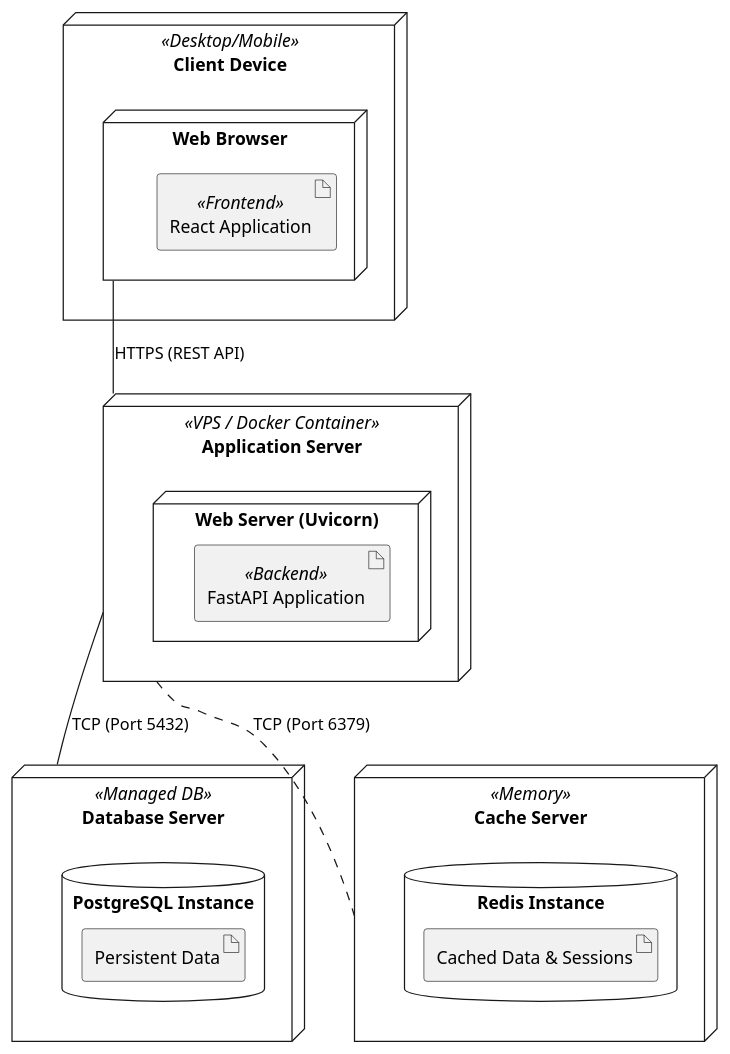
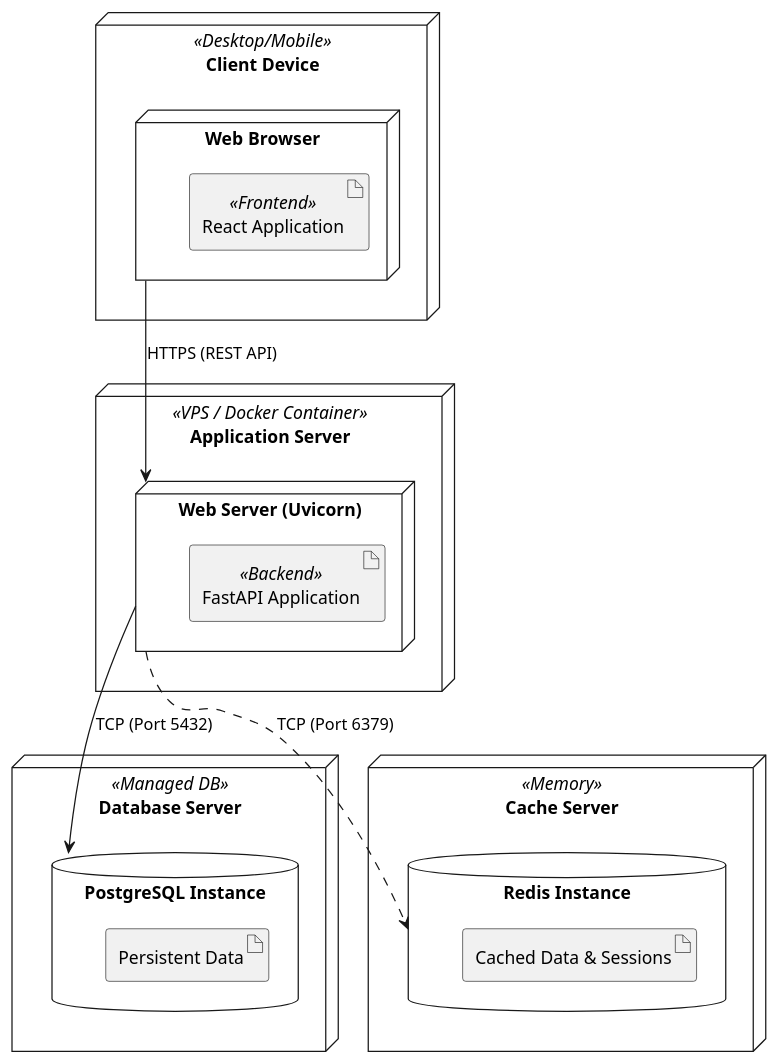
Before and after one commit to ukma-fin-ssdm-2026/ctrl-alt-defeat: the diagram in docs/architecture/uml/deployment-diagram.puml, drawn with PlantUML.

Commit message:
Update deployment diagram connections and components
Update deployment diagram connections and components

```diff
--- a/docs/architecture/uml/deployment-diagram.puml
+++ b/docs/architecture/uml/deployment-diagram.puml
@@ -1,29 +1,29 @@
 @startuml
 node "Client Device" <<Desktop/Mobile>> {
     node "Web Browser" {
         artifact "React Application" <<Frontend>>
     }
 }
 
 node "Application Server" <<VPS / Docker Container>> {
     node "Web Server (Uvicorn)" {
         artifact "FastAPI Application" <<Backend>>
     }
 }
 
 node "Database Server" <<Managed DB>> {
     database "PostgreSQL Instance" {
         artifact "Persistent Data"
     }
 }
 
 node "Cache Server" <<Memory>> {
     database "Redis Instance" {
         artifact "Cached Data & Sessions"
     }
 }
 
-"Web Browser" -- "Application Server" : HTTPS (REST API)
-"Application Server" -- "Database Server" : TCP (Port 5432)
-"Application Server" .. "Cache Server" : TCP (Port 6379)
+"Web Browser" --> "Web Server (Uvicorn)" : HTTPS (REST API)
+"Web Server (Uvicorn)" --> "PostgreSQL Instance" : TCP (Port 5432)
+"Web Server (Uvicorn)" ..> "Redis Instance" : TCP (Port 6379)
 @enduml
```
